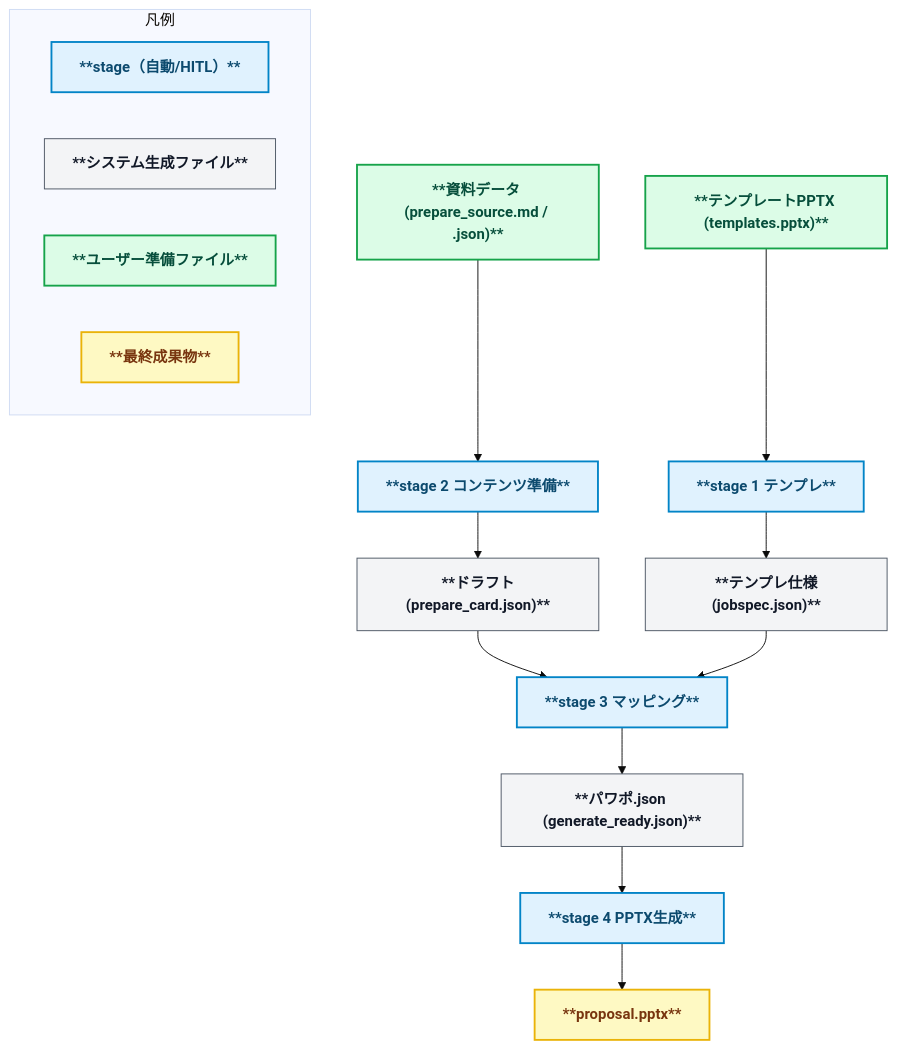
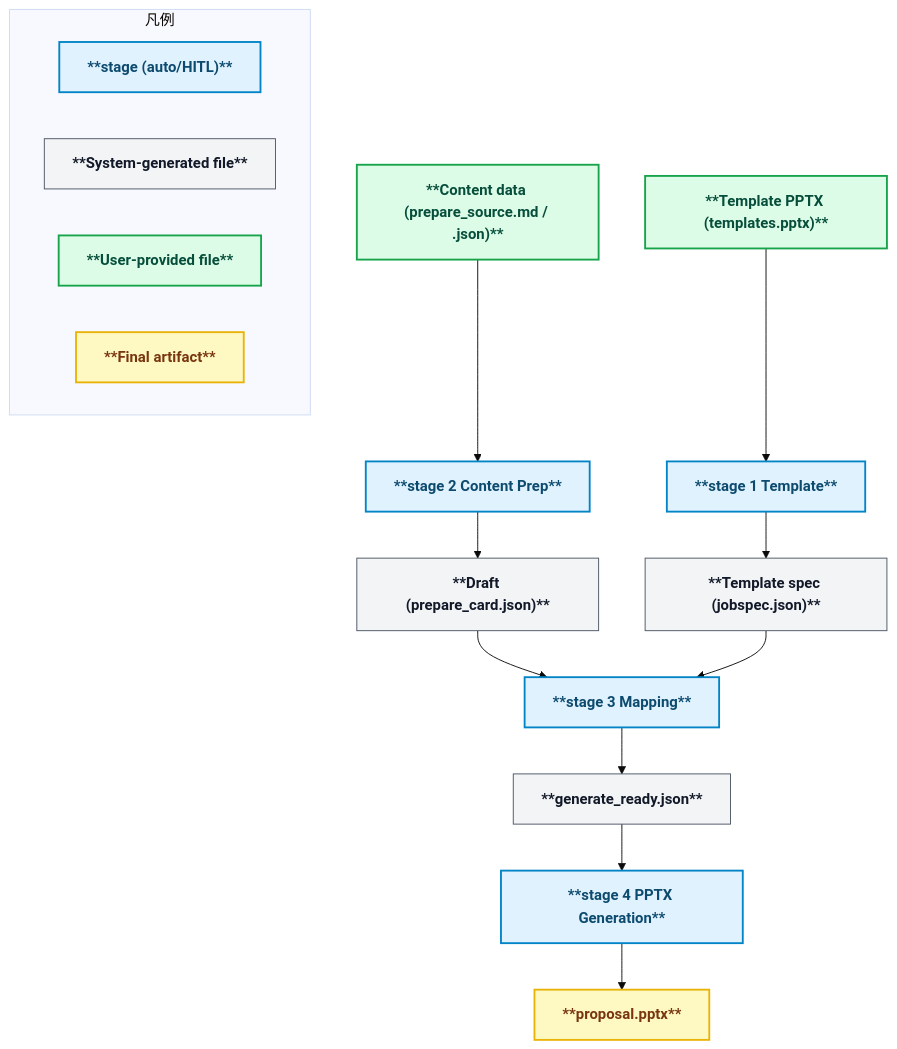
One commit to yurake/pptx_generator changed the first of 2 diagrams in README.en.md. Above: the diagram before and after it, drawn with Mermaid (base theme). The commit also changed other lines of this file and 16 other files, not shown here.

````diff
--- a/README.en.md
+++ b/README.en.md
@@ -55,35 +64,35 @@
 ```mermaid
 flowchart TD
   %% ======= Styles =======
   classDef stage fill:#e0f2fe,stroke:#0284c7,stroke-width:2px,color:#0c4a6e,font-weight:bold;
   classDef file fill:#f3f4f6,stroke:#4b5563,stroke-width:1px,color:#111827,font-weight:bold;
   classDef userfile fill:#dcfce7,stroke:#16a34a,stroke-width:2px,color:#064e3b,font-weight:bold;
   classDef final fill:#fef9c3,stroke:#eab308,stroke-width:2px,color:#78350f,font-weight:bold;
 
   %% ======= Stage 1 =======
-  Tmpl["**テンプレートPPTX (templates.pptx)**"]:::userfile --> S1["**stage 1 テンプレ**"]:::stage
-  S1 --> Jobspec["**テンプレ仕様(jobspec.json)**"]:::file
+  Tmpl["**Template PPTX (templates.pptx)**"]:::userfile --> S1["**stage 1 Template**"]:::stage
+  S1 --> Jobspec["**Template spec (jobspec.json)**"]:::file
 
   %% ======= Stage 2 =======
-  Prepare["**資料データ (prepare_source.md / .json)**"]:::userfile --> S2["**stage 2 コンテンツ準備**"]:::stage
-  S2 --> PrepareCards["**ドラフト(prepare_card.json)**"]:::file
+  Prepare["**Content data (prepare_source.md / .json)**"]:::userfile --> S2["**stage 2 Content Prep**"]:::stage
+  S2 --> PrepareCards["**Draft (prepare_card.json)**"]:::file
   PrepareCards --> S3
 
   %% ======= Stage 3 =======
-  S3["**stage 3 マッピング**"]:::stage
+  S3["**stage 3 Mapping**"]:::stage
   Jobspec --> S3
-  S3 --> Ready["**パワポ.json (generate_ready.json)**"]:::file
+  S3 --> Ready["**generate_ready.json**"]:::file
 
   %% ======= Stage 4 =======
-  Ready --> S4["**stage 4 PPTX生成**"]:::stage
+  Ready --> S4["**stage 4 PPTX Generation**"]:::stage
   S4 --> PPTX["**proposal.pptx**"]:::final
 
   %% ======= Legend =======
   subgraph Legend[凡例]
     direction LR
-    A1["**stage（自動/HITL）**"]:::stage
-    A2["**システム生成ファイル**"]:::file
-    A3["**ユーザー準備ファイル**"]:::userfile
-    A4["**最終成果物**"]:::final
+    A1["**stage (auto/HITL)**"]:::stage
+    A2["**System-generated file**"]:::file
+    A3["**User-provided file**"]:::userfile
+    A4["**Final artifact**"]:::final
   end
 ```
````
